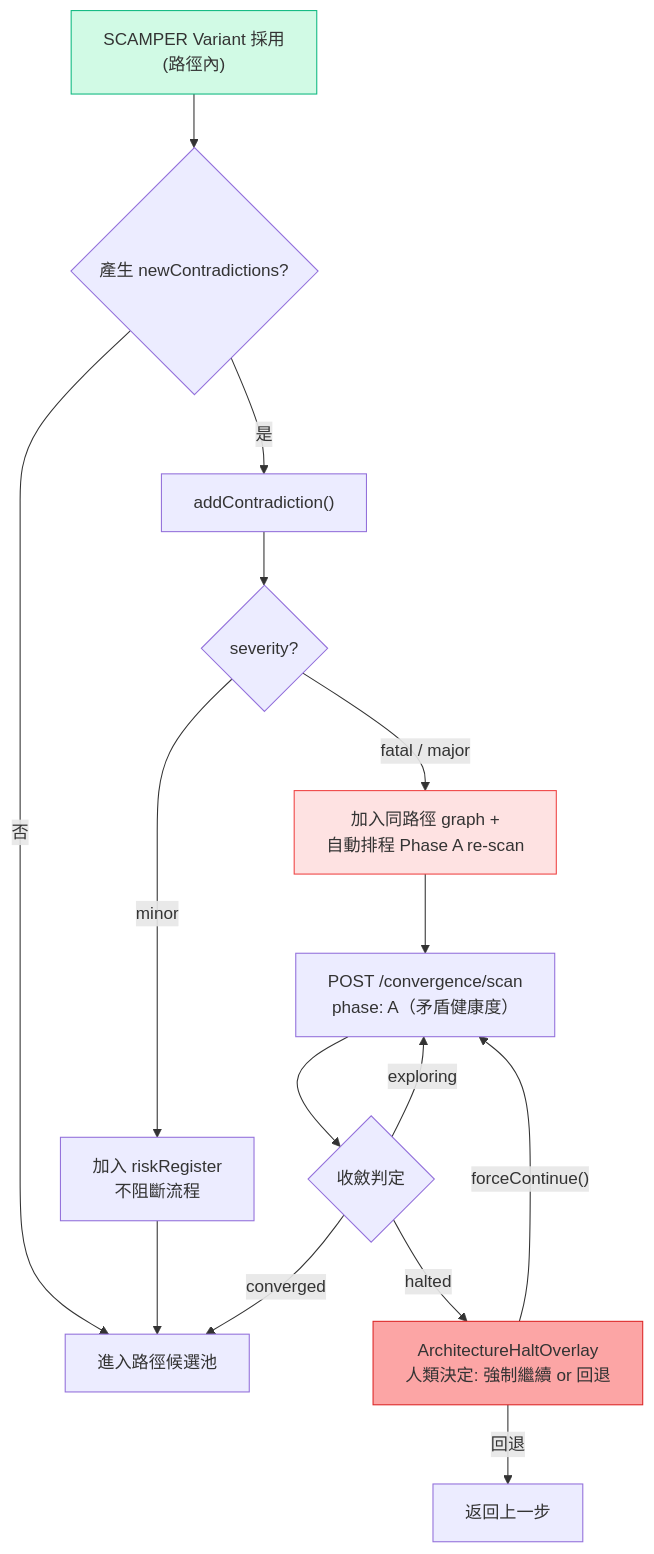
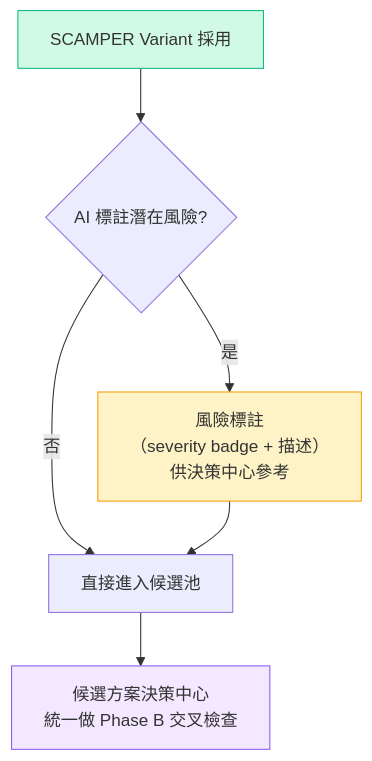
The sixth of 6 diagrams in docs/diagrams/triz-to-scamper-flow.md (JIA-HONG-CHU/design-copilot-blueprint), drawn with Mermaid before and after one commit. The commit also changed other lines of this file and 1 other file, not shown here.

Commit message:
refactor: SCAMPER is now a creative tool — no convergence feedback
SCAMPER and Anti-Anchor are both creative divergence tools.
newContradictions are displayed as risk notes for reference,
NOT fed back to the convergence loop.

Changes:
- Remove handleFeedbackToConvergence() function
- Remove "回饋至收斂圖" button from SCAMPER variants
- Remove unhandled-contradiction blocker from confirmation
- newContradictions displayed as "潛在風險（供決策中心參考）"
- Confirmation is clean: just confirm and proceed to Decision Hub
- Update flow doc §5: SCAMPER no longer feeds Phase A re-scan

This eliminates the second source of infinite loops (after v7's
TRIZ three-path fix). All SCAMPER outputs go directly to the
candidate pool for unified evaluation in the Decision Hub.

````diff
--- a/docs/diagrams/triz-to-scamper-flow.md
+++ b/docs/diagrams/triz-to-scamper-flow.md
@@ -260,21 +260,12 @@
 ```mermaid
 flowchart TB
-    A["SCAMPER Variant 採用<br/>(路徑內)"] --> B{"產生 newContradictions?"}
-    B -->|"否"| C["進入路徑候選池"]
-    B -->|"是"| D["addContradiction()"]
-    D --> E{"severity?"}
-    E -->|"minor"| F["加入 riskRegister<br/>不阻斷流程"]
-    F --> C
-    E -->|"fatal / major"| G["加入同路徑 graph +<br/>自動排程 Phase A re-scan"]
-    G --> H["POST /convergence/scan<br/>phase: A（矛盾健康度）"]
-    H --> I{"收斂判定"}
-    I -->|"converged"| C
-    I -->|"exploring"| H
-    I -->|"halted"| J["ArchitectureHaltOverlay<br/>人類決定: 強制繼續 or 回退"]
-    J -->|"forceContinue()"| H
-    J -->|"回退"| K["返回上一步"]
+    A["SCAMPER Variant 採用"] --> B{"AI 標註潛在風險?"}
+    B -->|"否"| C["直接進入候選池"]
+    B -->|"是"| D["風險標註<br/>（severity badge + 描述）<br/>供決策中心參考"]
+    D --> C
+    C --> E["候選方案決策中心<br/>統一做 Phase B 交叉檢查"]
 
     style A fill:#D1FAE5,stroke:#10B981
-    style G fill:#FEE2E2,stroke:#EF4444
-    style J fill:#FCA5A5,stroke:#DC2626
+    style D fill:#FEF3C7,stroke:#F59E0B
+    style E fill:#F3E8FF,stroke:#8B5CF6
 ```
````
